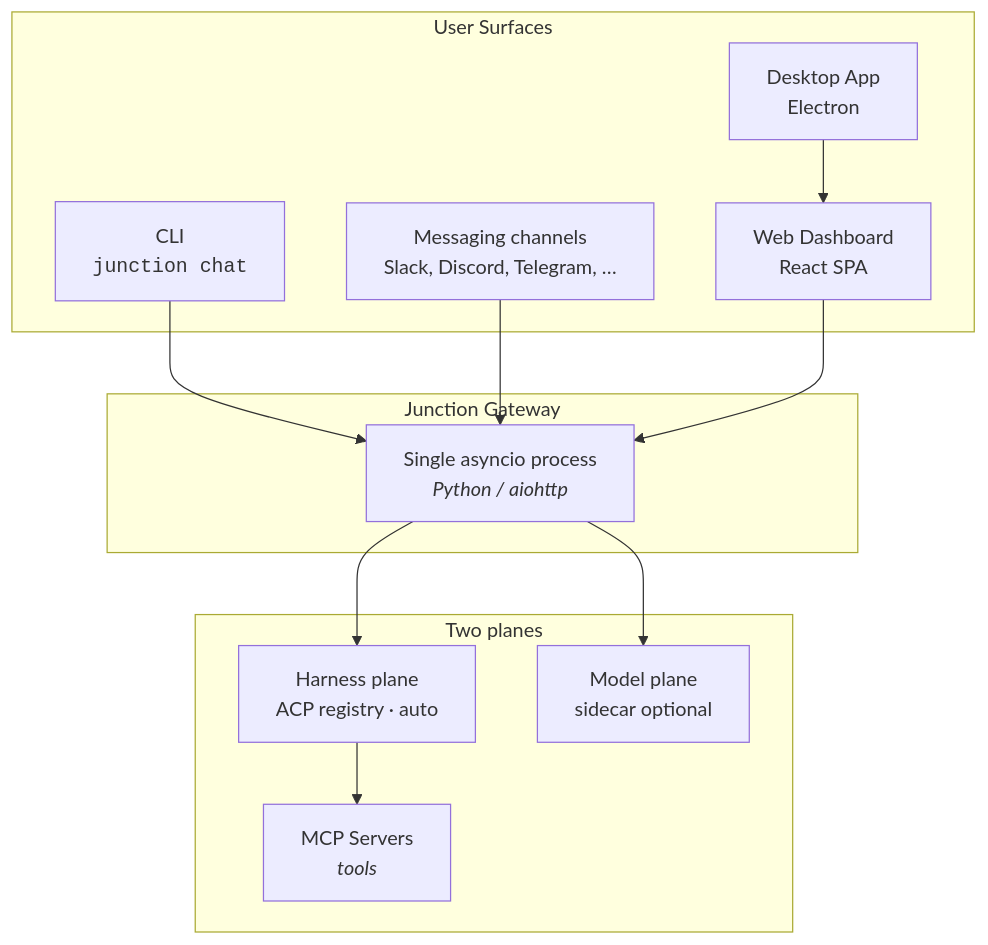
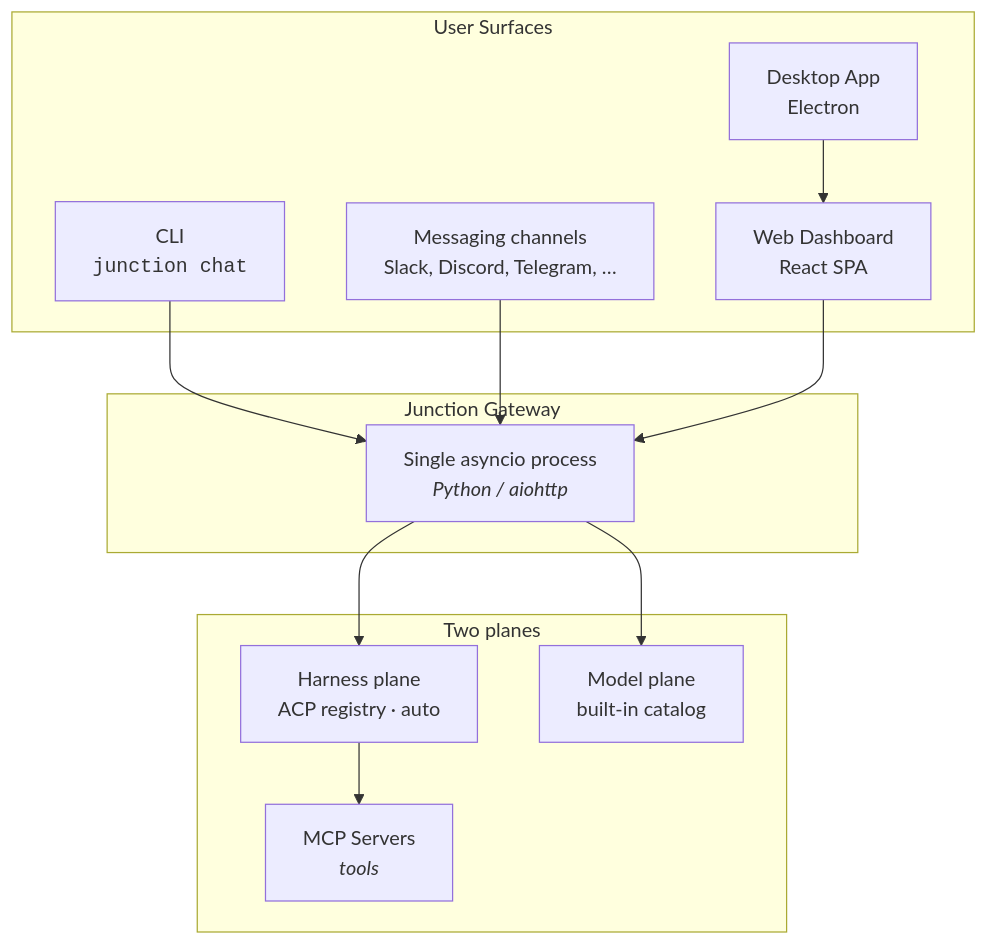
The first of 9 diagrams in docs/architecture/overview.md (laqaer/acpcrew), drawn with Mermaid before and after one commit. The commit also changed other lines of this file and 31 other files, not shown here.

First line of the commit message:
docs: tell the truth about the model catalog

````diff
--- a/docs/architecture/overview.md
+++ b/docs/architecture/overview.md
@@ -82,28 +83,28 @@
 ```mermaid
 graph TB
     subgraph "User Surfaces"
         CLI[CLI<br/><code>junction chat</code>]
         CHAN[Messaging channels<br/>Slack, Discord, Telegram, …]
         Dashboard[Web Dashboard<br/>React SPA]
         Desktop[Desktop App<br/>Electron]
     end
 
     subgraph "Junction Gateway"
         GW[Single asyncio process<br/><i>Python / aiohttp</i>]
     end
 
     subgraph "Two planes"
         KC[Harness plane<br/>ACP registry · auto]
-        LLM[Model plane<br/>sidecar optional]
+        LLM[Model plane<br/>built-in catalog]
         MCP[MCP Servers<br/><i>tools</i>]
     end
 
     CLI --> GW
     CHAN --> GW
     Dashboard --> GW
     Desktop --> Dashboard
 
     GW --> KC
     GW --> LLM
     KC --> MCP
 ```
````
